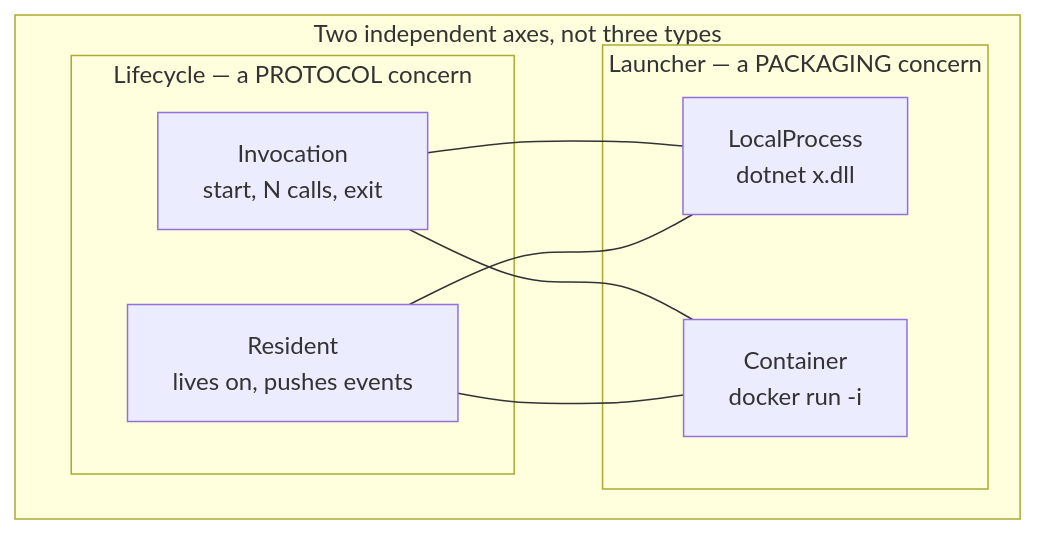
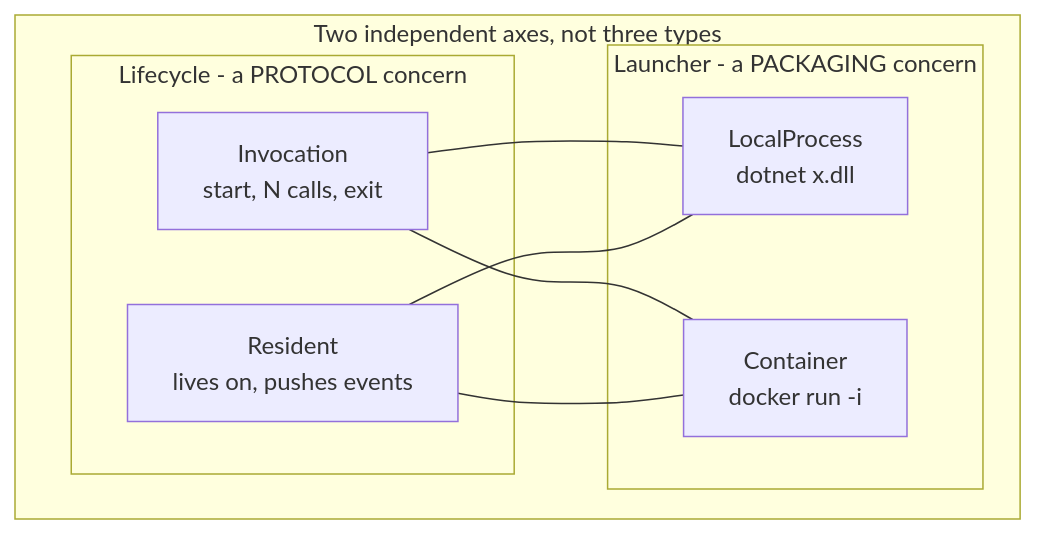
One commit to simplify9/Bitween-api changed the third of 34 diagrams in docs/design/resident-adapters-design.md. Above: the diagram before and after it, drawn with Mermaid. The commit also changed other lines of this file and 768 other files, not shown here.

````diff
--- a/docs/design/resident-adapters-design.md
+++ b/docs/design/resident-adapters-design.md
@@ -127,18 +127,18 @@
 ```mermaid
 flowchart TB
     subgraph AX["Two independent axes, not three types"]
         direction LR
-        subgraph L["Lifecycle — a PROTOCOL concern"]
+        subgraph L["Lifecycle - a PROTOCOL concern"]
             L1["Invocation<br/>start, N calls, exit"]
             L2["Resident<br/>lives on, pushes events"]
         end
-        subgraph W["Launcher — a PACKAGING concern"]
+        subgraph W["Launcher - a PACKAGING concern"]
             W1["LocalProcess<br/>dotnet x.dll"]
             W2["Container<br/>docker run -i"]
         end
     end
     L1 --- W1
     L1 --- W2
     L2 --- W1
     L2 --- W2
 ```
````
